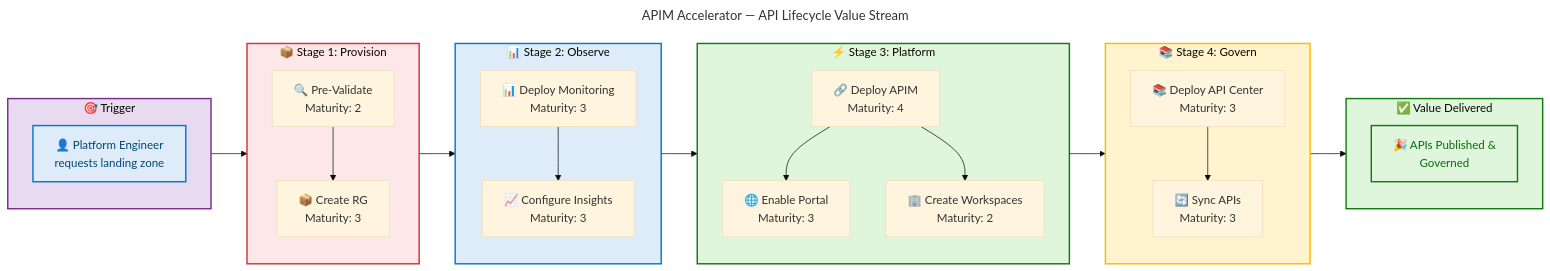
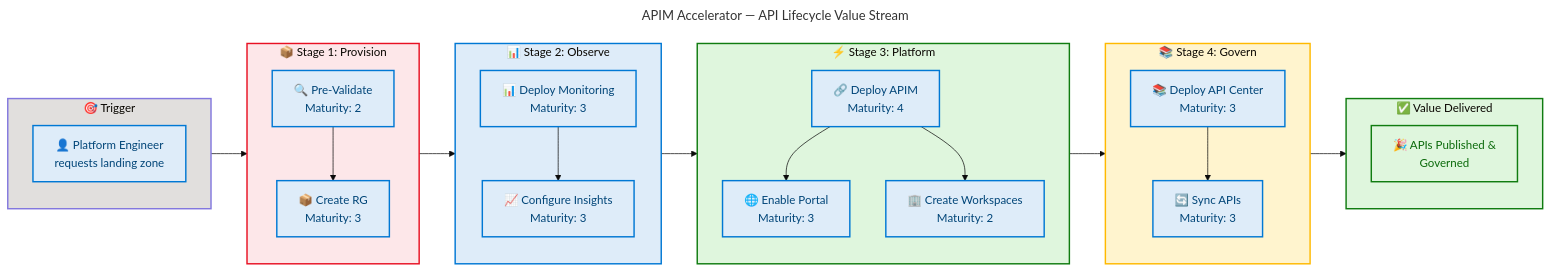
Before and after one commit to Evilazaro/APIM-Accelerator: the fifth of 8 diagrams in docs/architecture/business-architecture.md, drawn with Mermaid.

Commit message:
Enhance flowchart styling and governance notes: Update component styles and add accessibility governance for improved clarity and consistency

````diff
--- a/docs/architecture/business-architecture.md
+++ b/docs/architecture/business-architecture.md
@@ -524,70 +524,71 @@
 ```mermaid
 ---
 title: "APIM Accelerator — API Lifecycle Value Stream"
 config:
   theme: base
   look: classic
   layout: dagre
   themeVariables:
     fontSize: "16px"
   flowchart:
     htmlLabels: true
 ---
 flowchart LR
     accTitle: API Lifecycle Management Value Stream Map
     accDescr: Shows the end-to-end value stream from infrastructure provisioning through API publishing to consumer consumption with stage maturity levels
 
     %% ═══════════════════════════════════════════════════════════════════════════
     %% AZURE / FLUENT ARCHITECTURE PATTERN v1.1
+    %% (Semantic + Structural + Font + Accessibility Governance)
     %% ═══════════════════════════════════════════════════════════════════════════
 
     subgraph trigger["🎯 Trigger"]
         t1["👤 Platform Engineer<br/>requests landing zone"]:::core
     end
 
     subgraph stage1["📦 Stage 1: Provision"]
-        s1["🔍 Pre-Validate<br/>Maturity: 2"]
-        s2["📦 Create RG<br/>Maturity: 3"]
+        s1["🔍 Pre-Validate<br/>Maturity: 2"]:::core
+        s2["📦 Create RG<br/>Maturity: 3"]:::core
         s1 --> s2
     end
 
     subgraph stage2["📊 Stage 2: Observe"]
-        s3["📊 Deploy Monitoring<br/>Maturity: 3"]
-        s4["📈 Configure Insights<br/>Maturity: 3"]
+        s3["📊 Deploy Monitoring<br/>Maturity: 3"]:::core
+        s4["📈 Configure Insights<br/>Maturity: 3"]:::core
         s3 --> s4
     end
 
     subgraph stage3["⚡ Stage 3: Platform"]
-        s5["🔗 Deploy APIM<br/>Maturity: 4"]
-        s6["🌐 Enable Portal<br/>Maturity: 3"]
-        s7["🏢 Create Workspaces<br/>Maturity: 2"]
+        s5["🔗 Deploy APIM<br/>Maturity: 4"]:::core
+        s6["🌐 Enable Portal<br/>Maturity: 3"]:::core
+        s7["🏢 Create Workspaces<br/>Maturity: 2"]:::core
         s5 --> s6
         s5 --> s7
     end
 
     subgraph stage4["📚 Stage 4: Govern"]
-        s8["📚 Deploy API Center<br/>Maturity: 3"]
-        s9["🔄 Sync APIs<br/>Maturity: 3"]
+        s8["📚 Deploy API Center<br/>Maturity: 3"]:::core
+        s9["🔄 Sync APIs<br/>Maturity: 3"]:::core
         s8 --> s9
     end
 
     subgraph outcome["✅ Value Delivered"]
         v1["🎉 APIs Published &<br/>Governed"]:::success
     end
 
     trigger --> stage1
     stage1 --> stage2
     stage2 --> stage3
     stage3 --> stage4
     stage4 --> outcome
 
-    style trigger fill:#E8DAEF,stroke:#7B2D8E,stroke-width:2px
-    style stage1 fill:#FDE7E9,stroke:#D13438,stroke-width:2px
+    style trigger fill:#E1DFDD,stroke:#8378DE,stroke-width:2px
+    style stage1 fill:#FDE7E9,stroke:#E81123,stroke-width:2px
     style stage2 fill:#DEECF9,stroke:#0078D4,stroke-width:2px
     style stage3 fill:#DFF6DD,stroke:#107C10,stroke-width:2px
     style stage4 fill:#FFF4CE,stroke:#FFB900,stroke-width:2px
     style outcome fill:#DFF6DD,stroke:#107C10,stroke-width:2px
 
     classDef core fill:#DEECF9,stroke:#0078D4,stroke-width:2px,color:#004578
     classDef success fill:#DFF6DD,stroke:#107C10,stroke-width:2px,color:#0B6A0B
 ```
````
